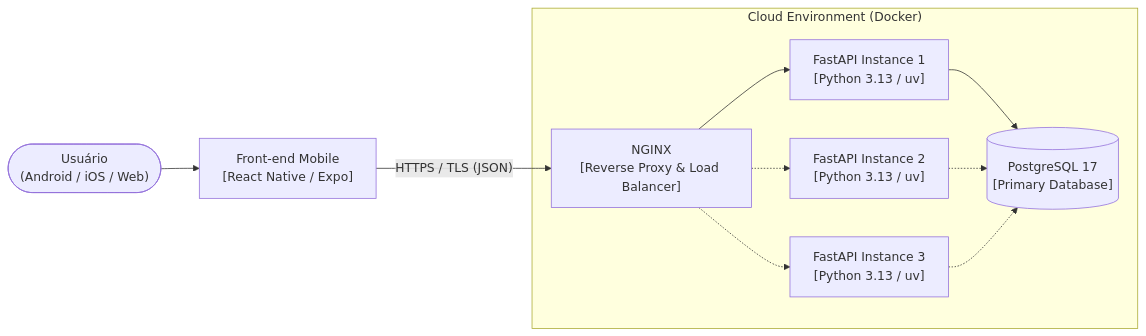
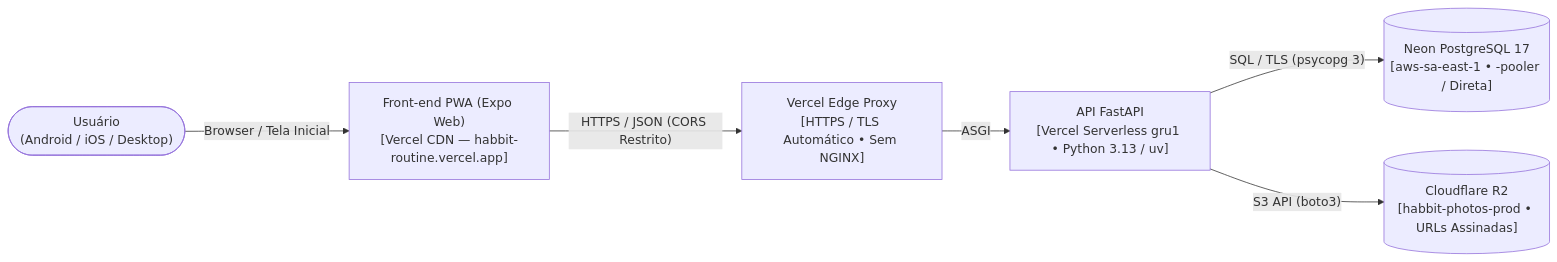
The diagram in docs/arquitetura/implantacao.md (FGA0138-MDS-Ajax/2026.2-T02-Shannon), drawn with Mermaid before and after one commit. The commit also changed other lines of this file and 7 other files, not shown here.

Commit message:
docs(arquitetura): atualiza site MkDocs com producao Vercel, Neon, PWA e ADRs 010-012

````diff
--- a/docs/arquitetura/implantacao.md
+++ b/docs/arquitetura/implantacao.md
@@ -17,23 +17,15 @@
 ```mermaid
 flowchart LR
-    User(["Usuário\n(Android / iOS / Web)"])
-    FE["Front-end Mobile\n[React Native / Expo]"]
+    User(["Usuário\n(Android / iOS / Desktop)"])
+    PWA["Front-end PWA (Expo Web)\n[Vercel CDN — habbit-routine.vercel.app]"]
+    Edge["Vercel Edge Proxy\n[HTTPS / TLS Automático • Sem NGINX]"]
+    API["API FastAPI\n[Vercel Serverless gru1 • Python 3.13 / uv]"]
+    Neon[("Neon PostgreSQL 17\n[aws-sa-east-1 • -pooler / Direta]")]
+    R2[("Cloudflare R2\n[habbit-photos-prod • URLs Assinadas]")]
 
-    subgraph Cloud["Cloud Environment (Docker)"]
-        Nginx["NGINX\n[Reverse Proxy & Load Balancer]"]
-        API1["FastAPI Instance 1\n[Python 3.13 / uv]"]
-        API2["FastAPI Instance 2\n[Python 3.13 / uv]"]
-        API3["FastAPI Instance 3\n[Python 3.13 / uv]"]
-        PG[("PostgreSQL 17\n[Primary Database]")]
-
-        Nginx --> API1
-        Nginx -.-> API2
-        Nginx -.-> API3
-        API1 --> PG
-        API2 -.-> PG
-        API3 -.-> PG
-    end
-
-    User --> FE
-    FE -->|"HTTPS / TLS (JSON)"| Nginx
+    User -->|"Browser / Tela Inicial"| PWA
+    PWA -->|"HTTPS / JSON (CORS Restrito)"| Edge
+    Edge -->|"ASGI"| API
+    API -->|"SQL / TLS (psycopg 3)"| Neon
+    API -->|"S3 API (boto3)"| R2
 ```
````
